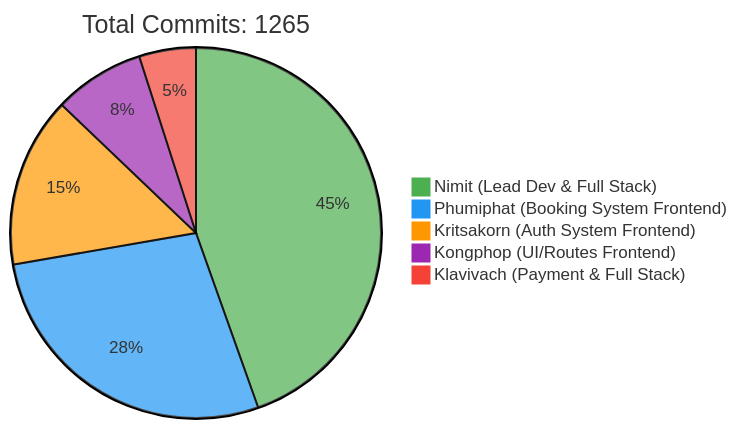
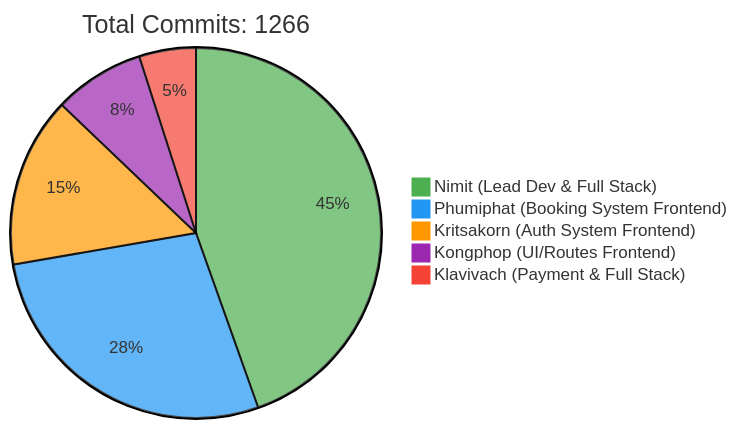
Before and after one commit to 6531503042/Sport-Complex: the first of 2 diagrams in README.md, drawn with Mermaid. The commit also changed other lines of this file, not shown here.

Commit message:
docs: Update contributor statistics [skip ci]

````diff
--- a/README.md
+++ b/README.md
@@ -257,10 +257,10 @@
 ```mermaid
 %%{init: {'theme': 'base', 'themeVariables': { 'pie1': '#4CAF50', 'pie2': '#2196F3', 'pie3': '#FF9800', 'pie4': '#9C27B0', 'pie5': '#F44336'}}}%%
 pie
-    title Total Commits: 1265
+    title Total Commits: 1266
     "Nimit (Lead Dev & Full Stack)" : 450
     "Phumiphat (Booking System Frontend)" : 280
     "Kritsakorn (Auth System Frontend)" : 150
     "Kongphop (UI/Routes Frontend)" : 80
     "Klavivach (Payment & Full Stack)" : 50
 ```
````
